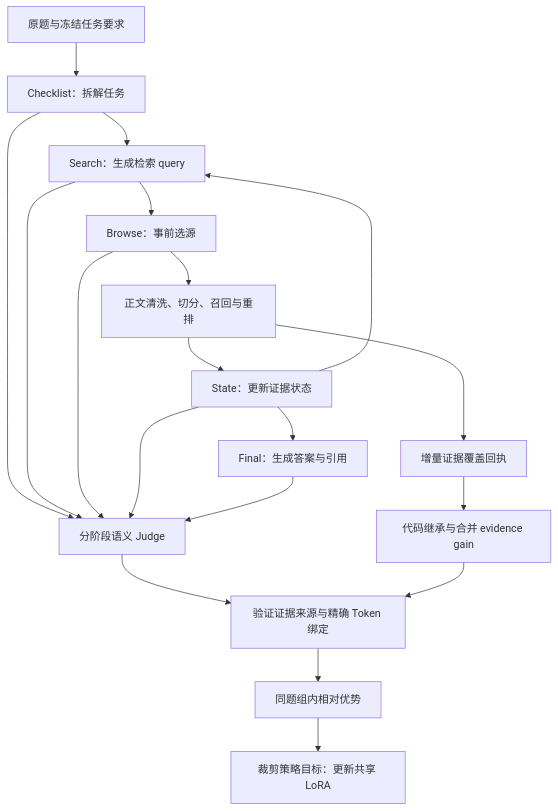
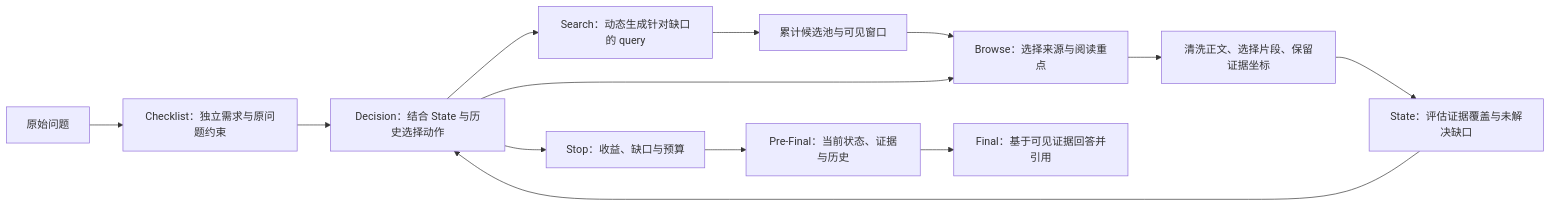
Before and after one commit to MaSunKing/medical-research-agent-grpo: the first of 2 diagrams in README.md, drawn with Mermaid. The commit also changed other lines of this file and 158 other files, not shown here.

Commit message:
docs: separate retrieval architecture and research iterations; publish current source

````diff
--- a/README.md
+++ b/README.md
@@ -49,16 +9,15 @@
 ```mermaid
-flowchart TD
-    Q[原题与冻结任务要求] --> C[Checklist：拆解任务]
-    C --> S[Search：生成检索 query]
-    S --> B[Browse：事前选源]
-    B --> R[正文清洗、切分、召回与重排]
-    R --> ST[State：更新证据状态]
-    ST --> S
-    ST --> F[Final：生成答案与引用]
-    C & S & B & ST & F --> J[分阶段语义 Judge]
-    R --> G[增量证据覆盖回执]
-    G --> M[代码继承与合并 evidence gain]
-    J & M --> V[验证证据来源与精确 Token 绑定]
-    V --> A[同题组内相对优势]
-    A --> L[裁剪策略目标：更新共享 LoRA]
+flowchart LR
+    Q[原始问题] --> C[Checklist：独立需求与原问题约束]
+    C --> D[Decision：结合 State 与历史选择动作]
+    D --> S[Search：动态生成针对缺口的 query]
+    S --> P[累计候选池与可见窗口]
+    P --> B[Browse：选择来源与阅读重点]
+    D --> B
+    B --> E[清洗正文、选择片段、保留证据坐标]
+    E --> U[State：评估证据覆盖与未解决缺口]
+    U --> D
+    D --> T[Stop：收益、缺口与预算]
+    T --> F[Pre-Final：当前状态、证据与历史]
+    F --> A[Final：基于可见证据回答并引用]
 ```
````
